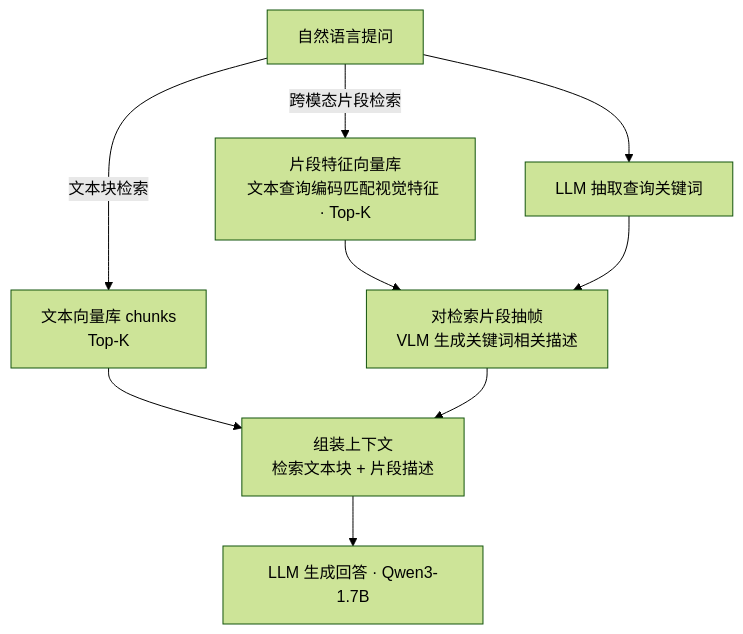
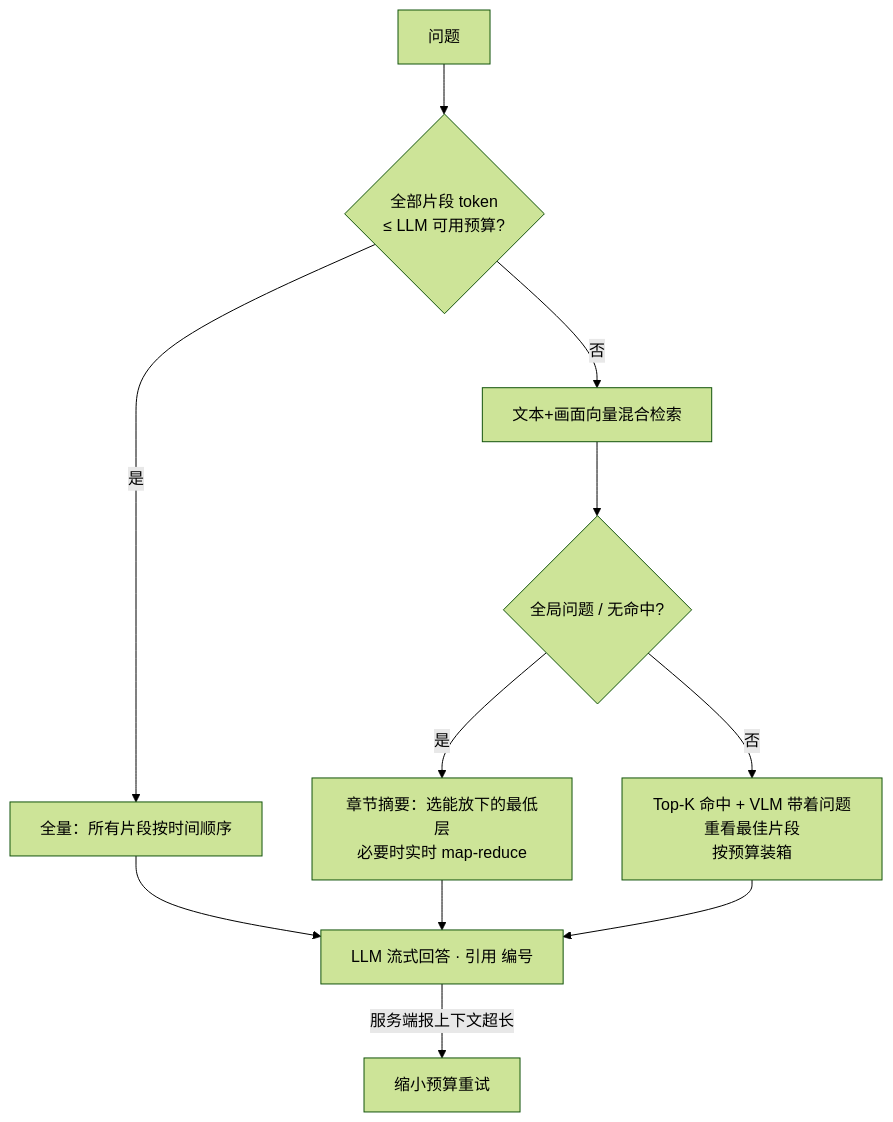
The second of 2 diagrams in README.md (ZHEQIUSHUI/VideoAgent-AX650N), drawn with Mermaid (forest theme) before and after one commit. The commit also changed other lines of this file and 79 other files, not shown here.

````diff
--- a/README.md
+++ b/README.md
@@ -126,14 +117,13 @@
 ```mermaid
 flowchart TD
-    Q[自然语言提问]
-    Q -->|文本块检索| R1[文本向量库 chunks<br/>Top-K]
-    Q -->|跨模态片段检索| R2[片段特征向量库<br/>文本查询编码匹配视觉特征 · Top-K]
-    Q --> M[LLM 抽取查询关键词]
-
-    R2 --> N[对检索片段抽帧<br/>VLM 生成关键词相关描述]
-    M --> N
-
-    R1 --> O[组装上下文<br/>检索文本块 + 片段描述]
-    N --> O
-    O --> P[LLM 生成回答 · Qwen3-1.7B]
+    Q[问题] --> P{全部片段 token<br/>≤ LLM 可用预算?}
+    P -->|是| FULL[全量：所有片段按时间顺序]
+    P -->|否| R[文本+画面向量混合检索]
+    R --> G{全局问题 / 无命中?}
+    G -->|是| S[章节摘要：选能放下的最低层<br/>必要时实时 map-reduce]
+    G -->|否| T[Top-K 命中 + VLM 带着问题重看最佳片段<br/>按预算装箱]
+    FULL --> A[LLM 流式回答 · 引用 编号]
+    S --> A
+    T --> A
+    A -->|服务端报上下文超长| P2[缩小预算重试]
 ```
````
